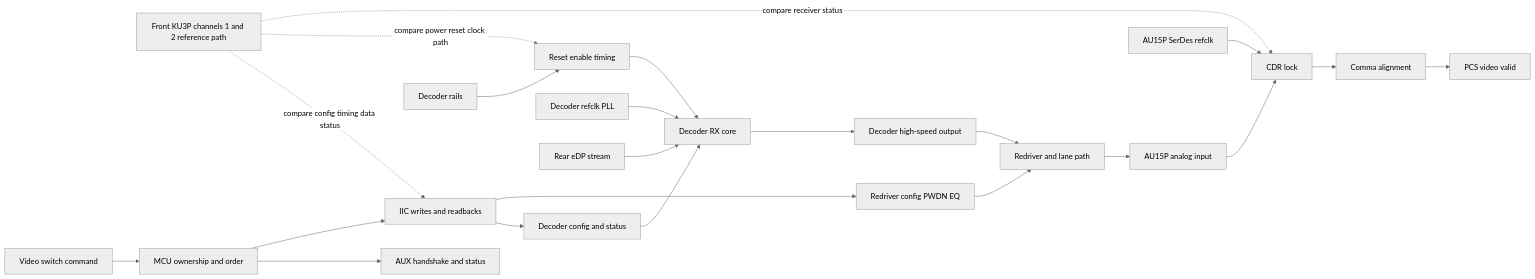
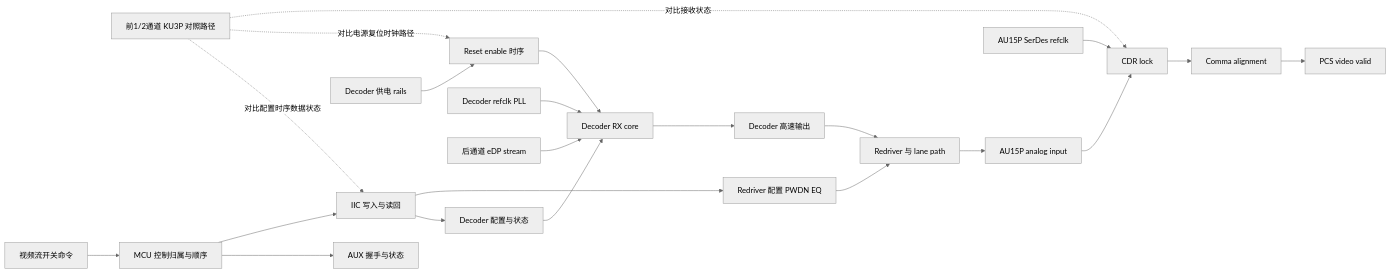
Before and after one commit to joyhpc/DebugTool: the first of 3 diagrams in pilot_runs/a57_edp/latest-architecture-first.md, drawn with Mermaid (neutral theme). The commit also changed other lines of this file and 2 other files, not shown here.

Commit message:
Translate A57 eDP pilot output to Chinese

````diff
--- a/pilot_runs/a57_edp/latest-architecture-first.md
+++ b/pilot_runs/a57_edp/latest-architecture-first.md
@@ -75,24 +75,24 @@
 ```mermaid
 flowchart LR
-  F0[Front KU3P channels 1 and 2 reference path] -. compare config timing data status .-> C4
-  F0 -. compare power reset clock path .-> P2
-  F0 -. compare receiver status .-> R1
-  C1[Video switch command] --> C2[MCU ownership and order]
-  C2 --> C3[AUX handshake and status]
-  C2 --> C4[IIC writes and readbacks]
-  C4 --> C5[Decoder config and status]
-  C4 --> C6[Redriver config PWDN EQ]
-  P1[Decoder rails] --> P2[Reset enable timing]
+  F0[前1/2通道 KU3P 对照路径] -. 对比配置时序数据状态 .-> C4
+  F0 -. 对比电源复位时钟路径 .-> P2
+  F0 -. 对比接收状态 .-> R1
+  C1[视频流开关命令] --> C2[MCU 控制归属与顺序]
+  C2 --> C3[AUX 握手与状态]
+  C2 --> C4[IIC 写入与读回]
+  C4 --> C5[Decoder 配置与状态]
+  C4 --> C6[Redriver 配置 PWDN EQ]
+  P1[Decoder 供电 rails] --> P2[Reset enable 时序]
   P3[Decoder refclk PLL] --> D2[Decoder RX core]
   P2 --> D2
   C5 --> D2
-  C6 --> D4[Redriver and lane path]
-  D1[Rear eDP stream] --> D2
-  D2 --> D3[Decoder high-speed output]
+  C6 --> D4[Redriver 与 lane path]
+  D1[后通道 eDP stream] --> D2
+  D2 --> D3[Decoder 高速输出]
   D3 --> D4
   D4 --> D5[AU15P analog input]
   P4[AU15P SerDes refclk] --> R1[CDR lock]
   D5 --> R1
   R1 --> R2[Comma alignment]
   R2 --> R3[PCS video valid]
 ```
````
